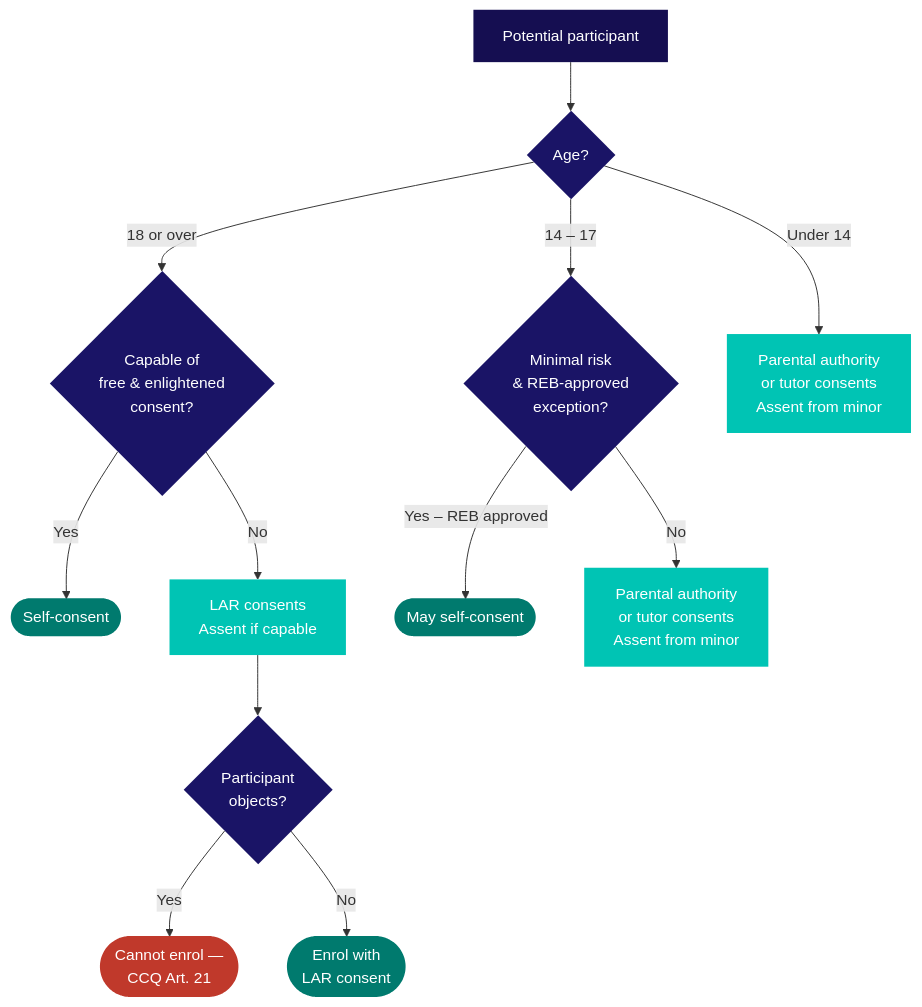
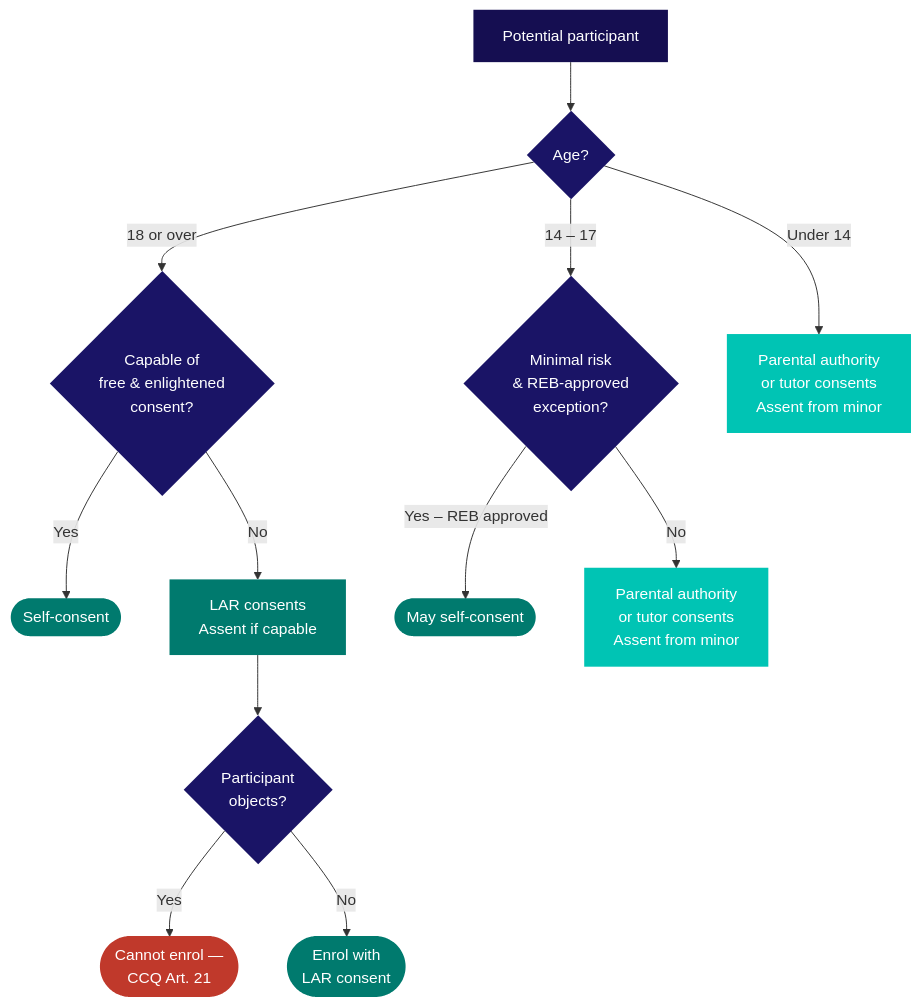
One commit to matthewfiorentino/docs changed the diagram in kb/conduct/consent.mdx. Above: the diagram before and after it, drawn with Mermaid. The commit also changed 14 other files, not shown here.

````diff
--- a/kb/conduct/consent.mdx
+++ b/kb/conduct/consent.mdx
@@ -28,31 +28,31 @@
 ```mermaid
 flowchart TD
     A[Potential participant] --> B{Age?}
 
     B -->|18 or over| C{Capable of\nfree & enlightened\nconsent?}
     B -->|14 – 17| D{Minimal risk\n& REB-approved\nexception?}
     B -->|Under 14| E[Parental authority\nor tutor consents\nAssent from minor]
 
     C -->|Yes| F([Self-consent])
     C -->|No| G[LAR consents\nAssent if capable]
 
     D -->|Yes – REB approved| H([May self-consent])
     D -->|No| I[Parental authority\nor tutor consents\nAssent from minor]
 
     G --> J{Participant\nobjects?}
     J -->|Yes| K([Cannot enrol —\nCCQ Art. 21])
     J -->|No| L([Enrol with\nLAR consent])
 
     style A  fill:#150e51,color:#fff,stroke:none
     style B  fill:#1a1466,color:#fff,stroke:none
     style C  fill:#1a1466,color:#fff,stroke:none
     style D  fill:#1a1466,color:#fff,stroke:none
     style J  fill:#1a1466,color:#fff,stroke:none
     style F  fill:#007a6e,color:#fff,stroke:none
     style H  fill:#007a6e,color:#fff,stroke:none
     style L  fill:#007a6e,color:#fff,stroke:none
     style E  fill:#00c4b4,color:#fff,stroke:none
     style I  fill:#00c4b4,color:#fff,stroke:none
-    style G  fill:#00c4b4,color:#fff,stroke:none
+    style G  fill:#007a6e,color:#fff,stroke:none
     style K  fill:#c0392b,color:#fff,stroke:none
 ```
````
